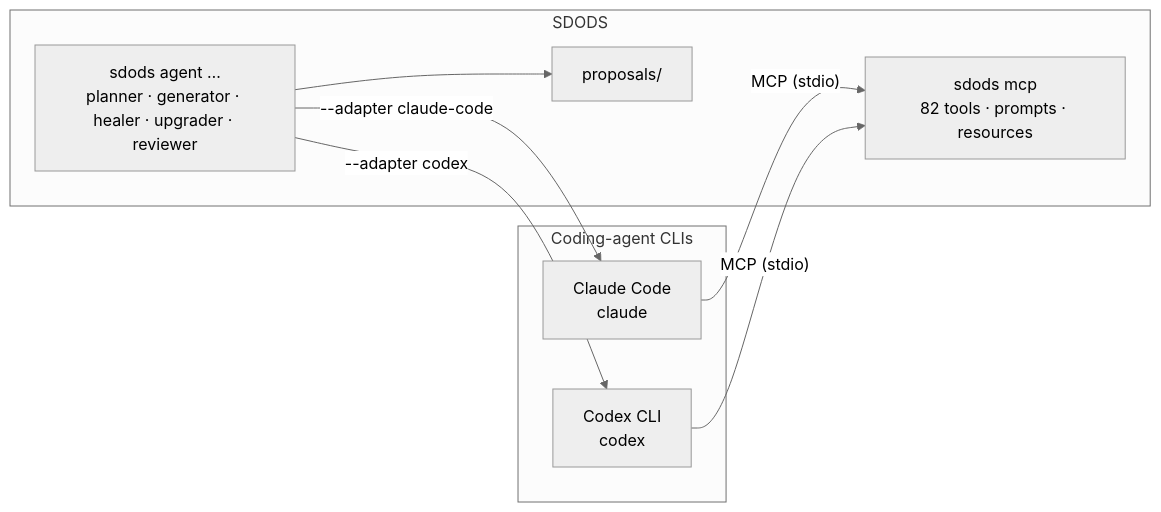
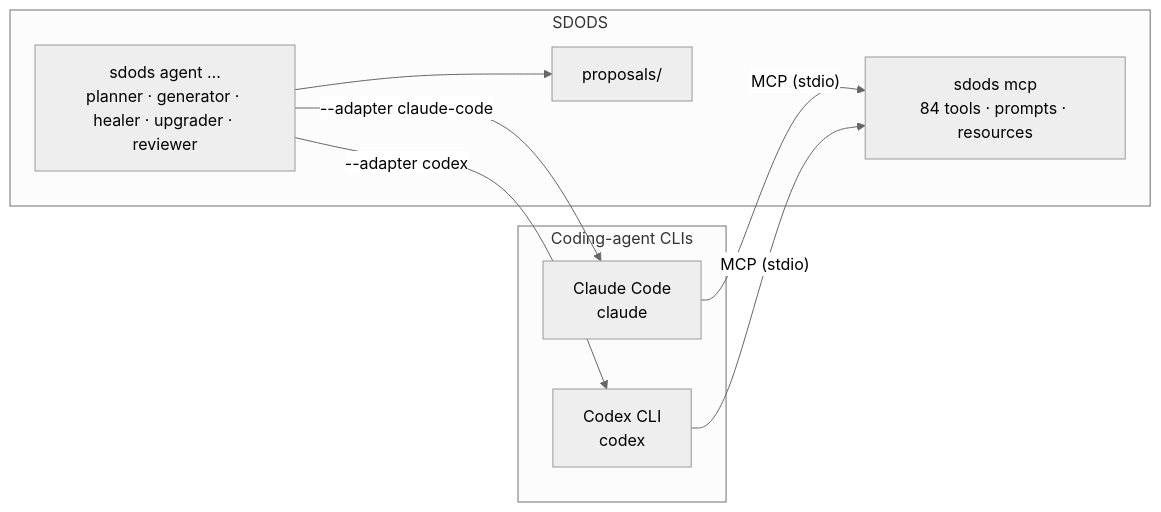
One commit to YarlisAISolutions/SDODS changed the diagram in apps/docs/content/docs/guides/claude-code-and-codex.mdx. Above: the diagram before and after it, drawn with Mermaid (neutral theme). The commit also changed 4 other files, not shown here.

First line of the commit message:
fix(mcp): wrap the two recording tools Playwright MCP 1.63 adds

````diff
--- a/apps/docs/content/docs/guides/claude-code-and-codex.mdx
+++ b/apps/docs/content/docs/guides/claude-code-and-codex.mdx
@@ -13,17 +13,17 @@
 ```mermaid
 flowchart LR
   subgraph clients["Coding-agent CLIs"]
     CC["Claude Code<br/>claude"]
     CX["Codex CLI<br/>codex"]
   end
   subgraph sdods["SDODS"]
-    MCP["sdods mcp<br/>82 tools · prompts · resources"]
+    MCP["sdods mcp<br/>84 tools · prompts · resources"]
     AG["sdods agent …<br/>planner · generator · healer · upgrader · reviewer"]
     PR["proposals/"]
   end
   CC -- "MCP (stdio)" --> MCP
   CX -- "MCP (stdio)" --> MCP
   AG -- "--adapter claude-code" --> CC
   AG -- "--adapter codex" --> CX
   AG --> PR
 ```
````
